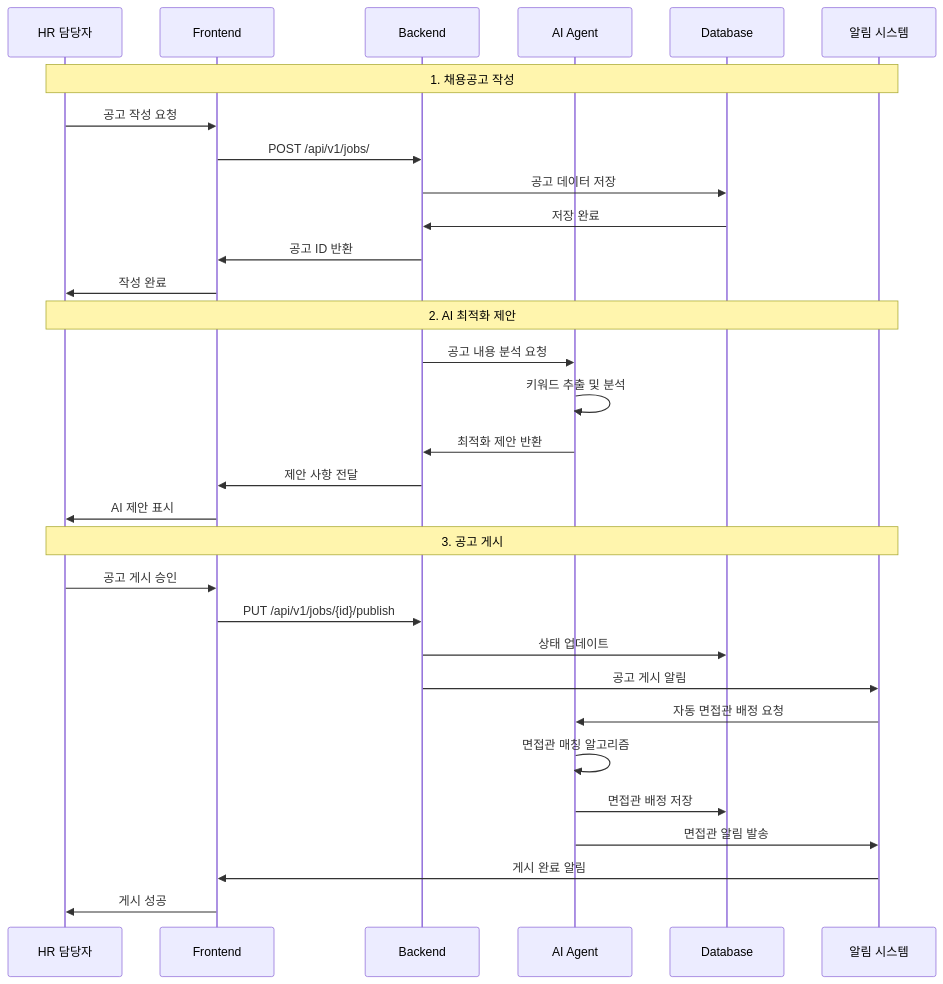
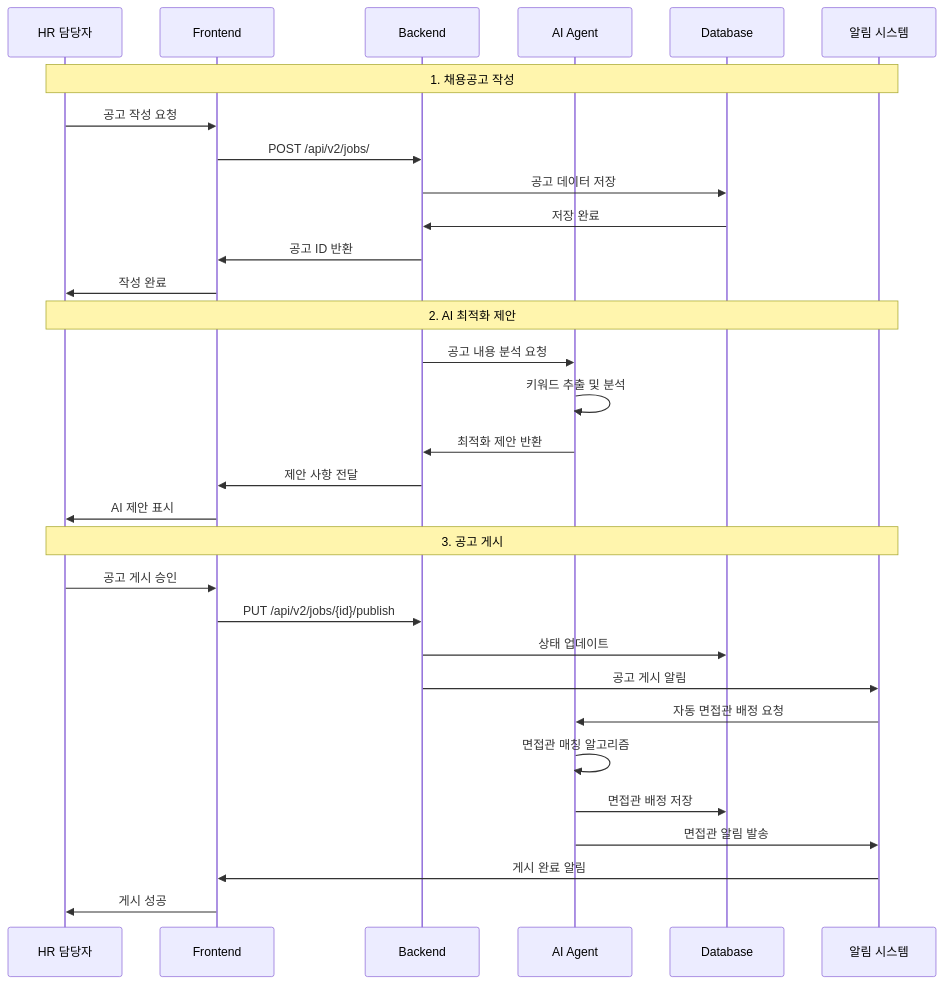
Before and after one commit to ttogle918/KOCRUIT: the second of 6 diagrams in docs/diagrams/architecture/recruitment-management-system.md, drawn with Mermaid. The commit also changed 162 other files, not shown here.

First line of the commit message:
Refactor: Migrate to v2 architecture, split AI Agent, and normalize DB schema

````diff
--- a/docs/diagrams/architecture/recruitment-management-system.md
+++ b/docs/diagrams/architecture/recruitment-management-system.md
@@ -93,36 +93,36 @@
 ```mermaid
 sequenceDiagram
     participant HR as HR 담당자
     participant FE as Frontend
     participant BE as Backend
     participant AI as AI Agent
     participant DB as Database
     participant NOTIFY as 알림 시스템
     
     Note over HR,NOTIFY: 1. 채용공고 작성
     HR->>FE: 공고 작성 요청
-    FE->>BE: POST /api/v1/jobs/
+    FE->>BE: POST /api/v2/jobs/
     BE->>DB: 공고 데이터 저장
     DB->>BE: 저장 완료
     BE->>FE: 공고 ID 반환
     FE->>HR: 작성 완료
     
     Note over HR,NOTIFY: 2. AI 최적화 제안
     BE->>AI: 공고 내용 분석 요청
     AI->>AI: 키워드 추출 및 분석
     AI->>BE: 최적화 제안 반환
     BE->>FE: 제안 사항 전달
     FE->>HR: AI 제안 표시
     
     Note over HR,NOTIFY: 3. 공고 게시
     HR->>FE: 공고 게시 승인
-    FE->>BE: PUT /api/v1/jobs/{id}/publish
+    FE->>BE: PUT /api/v2/jobs/{id}/publish
     BE->>DB: 상태 업데이트
     BE->>NOTIFY: 공고 게시 알림
     NOTIFY->>AI: 자동 면접관 배정 요청
     AI->>AI: 면접관 매칭 알고리즘
     AI->>DB: 면접관 배정 저장
     AI->>NOTIFY: 면접관 알림 발송
     NOTIFY->>FE: 게시 완료 알림
     FE->>HR: 게시 성공
 ```
````
